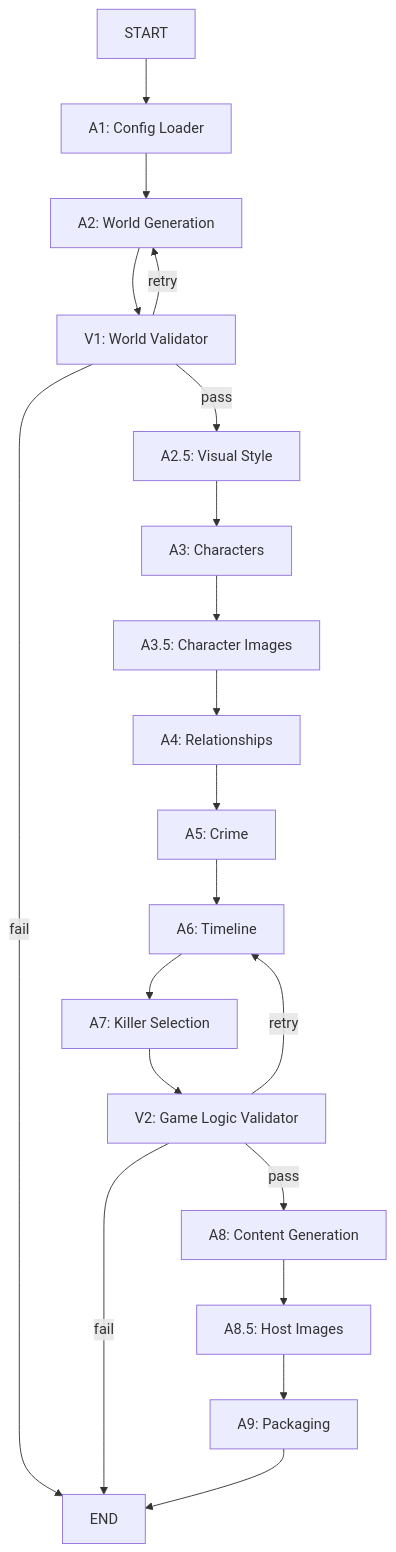
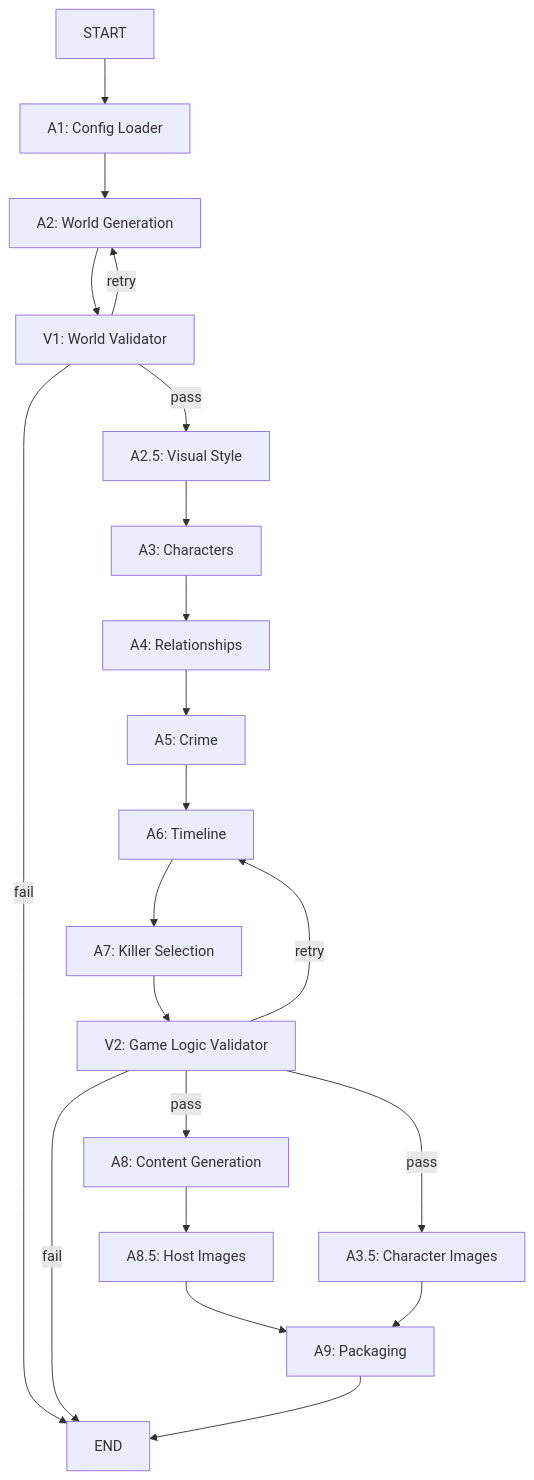
Before and after one commit to juanje/mystery-agents: the diagram in docs/DEVELOPER_GUIDE.md, drawn with Mermaid. The commit also changed other lines of this file and 4 other files, not shown here.

````diff
--- a/docs/DEVELOPER_GUIDE.md
+++ b/docs/DEVELOPER_GUIDE.md
@@ -86,22 +86,23 @@
 ```mermaid
 graph TD
     START --> A1[A1: Config Loader]
     A1 --> A2[A2: World Generation]
     A2 --> V1[V1: World Validator]
     V1 -->|pass| A2_5[A2.5: Visual Style]
     V1 -->|retry| A2
     V1 -->|fail| END
     A2_5 --> A3[A3: Characters]
-    A3 --> A3_5[A3.5: Character Images]
-    A3_5 --> A4[A4: Relationships]
+    A3 --> A4[A4: Relationships]
     A4 --> A5[A5: Crime]
     A5 --> A6[A6: Timeline]
     A6 --> A7[A7: Killer Selection]
     A7 --> V2[V2: Game Logic Validator]
     V2 -->|pass| A8[A8: Content Generation]
+    V2 -->|pass| A3_5[A3.5: Character Images]
     V2 -->|retry| A6
     V2 -->|fail| END
     A8 --> A8_5[A8.5: Host Images]
     A8_5 --> A9[A9: Packaging]
+    A3_5 --> A9
     A9 --> END
 ```
````
